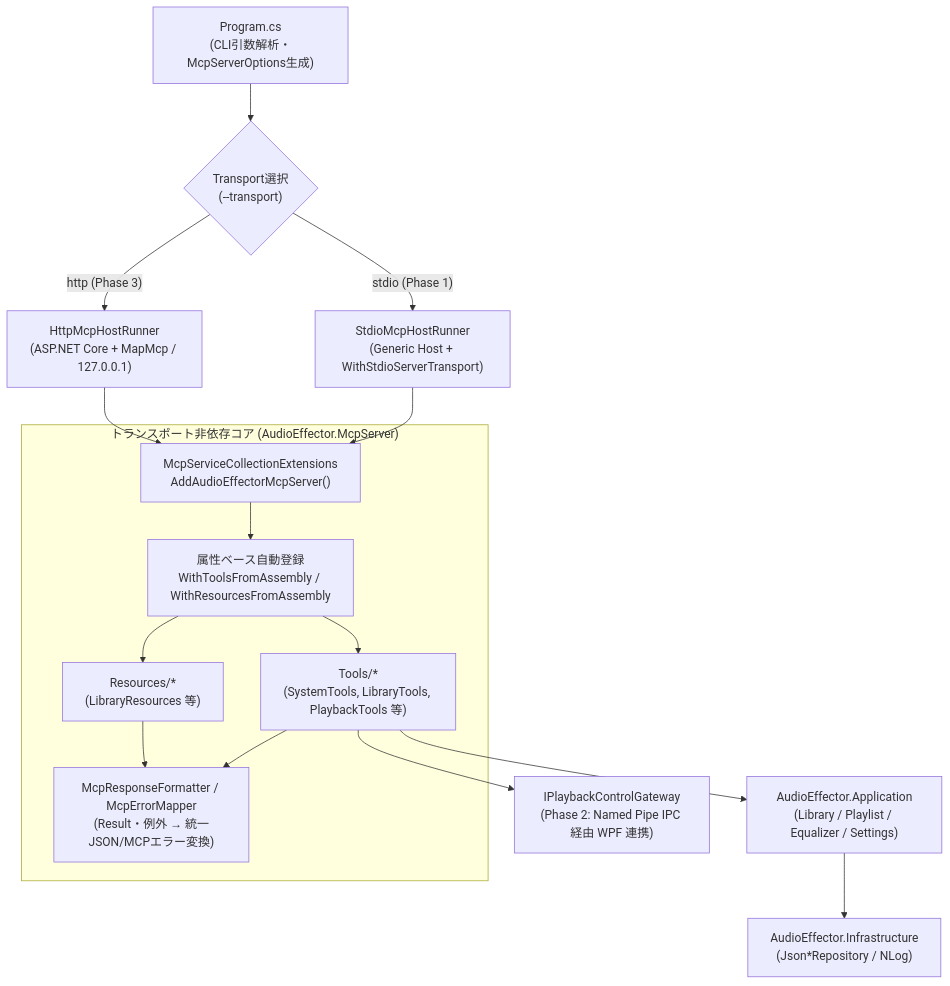
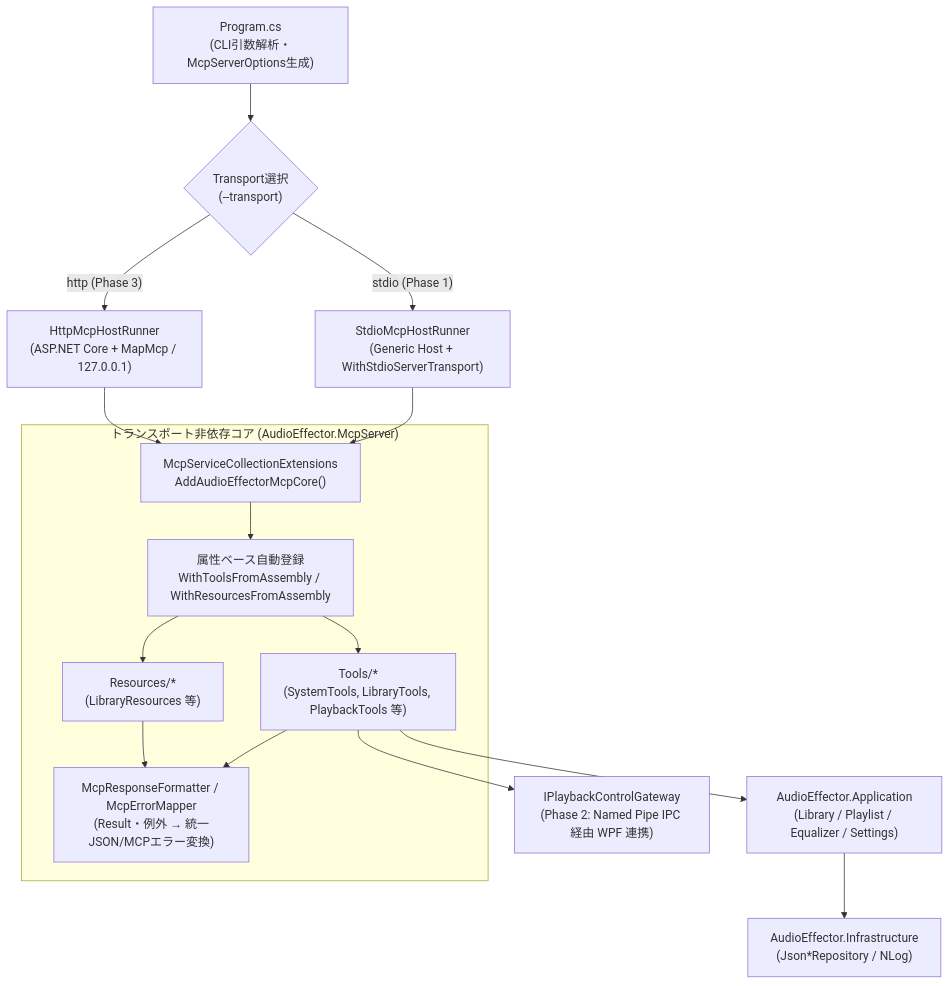
The second of 4 diagrams in 設計/詳細設計/MCPサーバ詳細設計書.md (taketonnbo/Audio_Effector), drawn with Mermaid before and after one commit. The commit also changed other lines of this file and 1 other file, not shown here.

````diff
--- a/設計/詳細設計/MCPサーバ詳細設計書.md
+++ b/設計/詳細設計/MCPサーバ詳細設計書.md
@@ -93,22 +93,22 @@
 ```mermaid
 flowchart TD
     Entry["Program.cs<br/>(CLI引数解析・McpServerOptions生成)"] --> Selector{"Transport選択<br/>(--transport)"}
 
     Selector -- "stdio (Phase 1)" --> StdioHost["StdioMcpHostRunner<br/>(Generic Host + WithStdioServerTransport)"]
     Selector -- "http (Phase 3)" --> HttpHost["HttpMcpHostRunner<br/>(ASP.NET Core + MapMcp / 127.0.0.1)"]
 
-    StdioHost --> CommonReg["McpServiceCollectionExtensions<br/>AddAudioEffectorMcpServer()"]
+    StdioHost --> CommonReg["McpServiceCollectionExtensions<br/>AddAudioEffectorMcpCore()"]
     HttpHost --> CommonReg
 
     subgraph SharedCore["トランスポート非依存コア (AudioEffector.McpServer)"]
         CommonReg --> AutoReg["属性ベース自動登録<br/>WithToolsFromAssembly / WithResourcesFromAssembly"]
         AutoReg --> Tools["Tools/*<br/>(SystemTools, LibraryTools, PlaybackTools 等)"]
         AutoReg --> Resources["Resources/*<br/>(LibraryResources 等)"]
         Tools --> Formatter["McpResponseFormatter / McpErrorMapper<br/>(Result・例外 → 統一JSON/MCPエラー変換)"]
         Resources --> Formatter
     end
 
     Tools --> AppSvc["AudioEffector.Application<br/>(Library / Playlist / Equalizer / Settings)"]
     Tools --> PlayGw["IPlaybackControlGateway<br/>(Phase 2: Named Pipe IPC 経由 WPF 連携)"]
     AppSvc --> Infra["AudioEffector.Infrastructure<br/>(Json*Repository / NLog)"]
 ```
````
